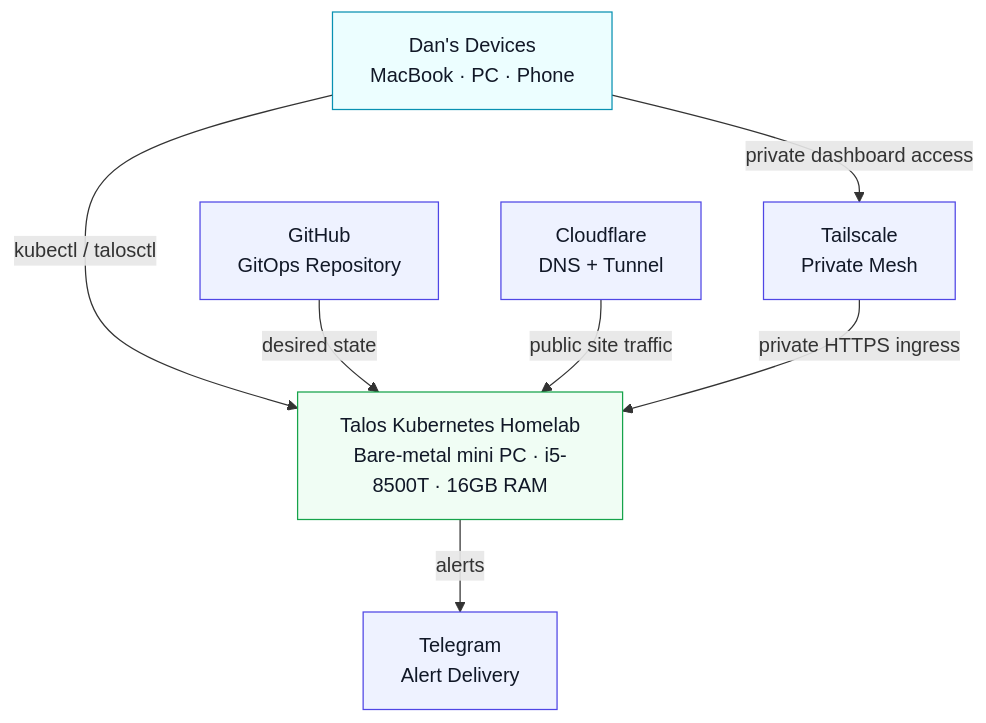
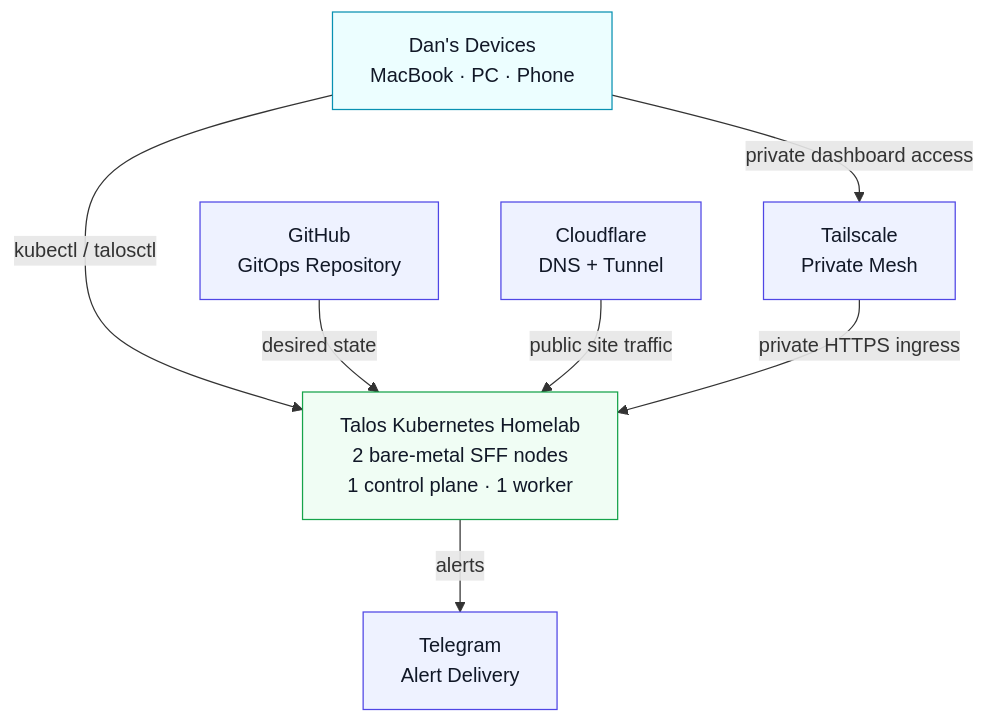
One commit to danieljcheung/talos-kubernetes-homelab changed the first of 2 diagrams in docs/14-architecture.md. Above: the diagram before and after it, drawn with Mermaid. The commit also changed other lines of this file and 5 other files, not shown here.

Commit message:
docs: add second Talos worker node

````diff
--- a/docs/14-architecture.md
+++ b/docs/14-architecture.md
@@ -7,25 +7,25 @@
 ```mermaid
 flowchart TB
   dan["Dan's Devices<br/>MacBook · PC · Phone"]
   github["GitHub<br/>GitOps Repository"]
   cloudflare["Cloudflare<br/>DNS + Tunnel"]
   tailscale["Tailscale<br/>Private Mesh"]
   telegram["Telegram<br/>Alert Delivery"]
 
-  homelab["Talos Kubernetes Homelab<br/>Bare-metal mini PC · i5-8500T · 16GB RAM"]
+  homelab["Talos Kubernetes Homelab<br/>2 bare-metal SFF nodes<br/>1 control plane · 1 worker"]
 
   dan -->|kubectl / talosctl| homelab
   dan -->|private dashboard access| tailscale
   github -->|desired state| homelab
   cloudflare -->|public site traffic| homelab
   tailscale -->|private HTTPS ingress| homelab
   homelab -->|alerts| telegram
 
   classDef external fill:#eef2ff,stroke:#4f46e5,color:#111827
   classDef user fill:#ecfeff,stroke:#0891b2,color:#111827
   classDef cluster fill:#f0fdf4,stroke:#16a34a,color:#111827
 
   class github,cloudflare,tailscale,telegram external
   class dan user
   class homelab cluster
 ```
````
